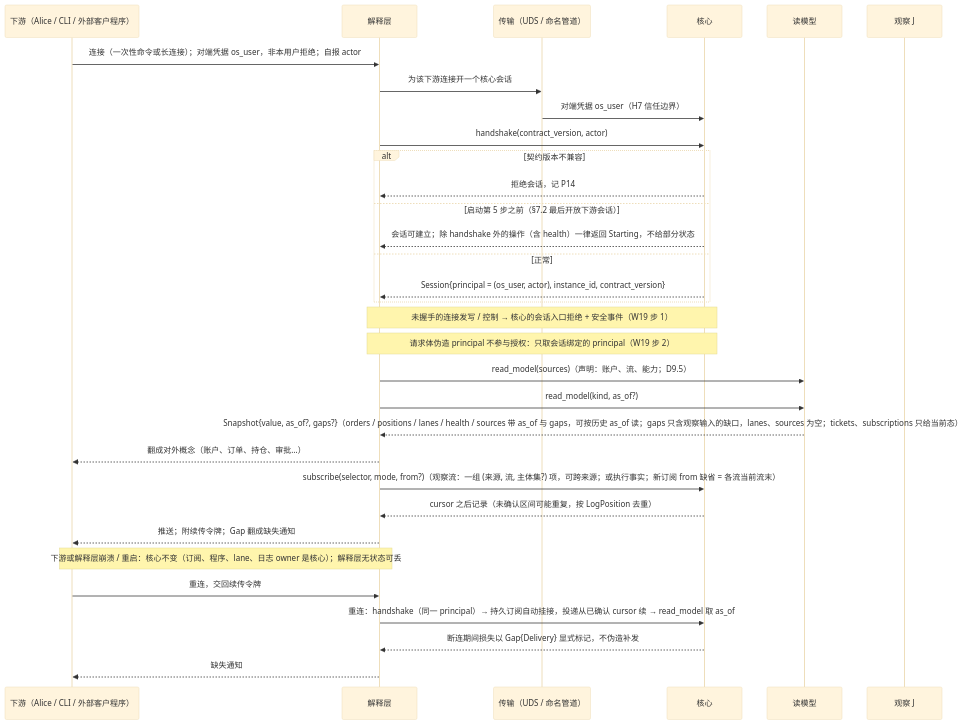
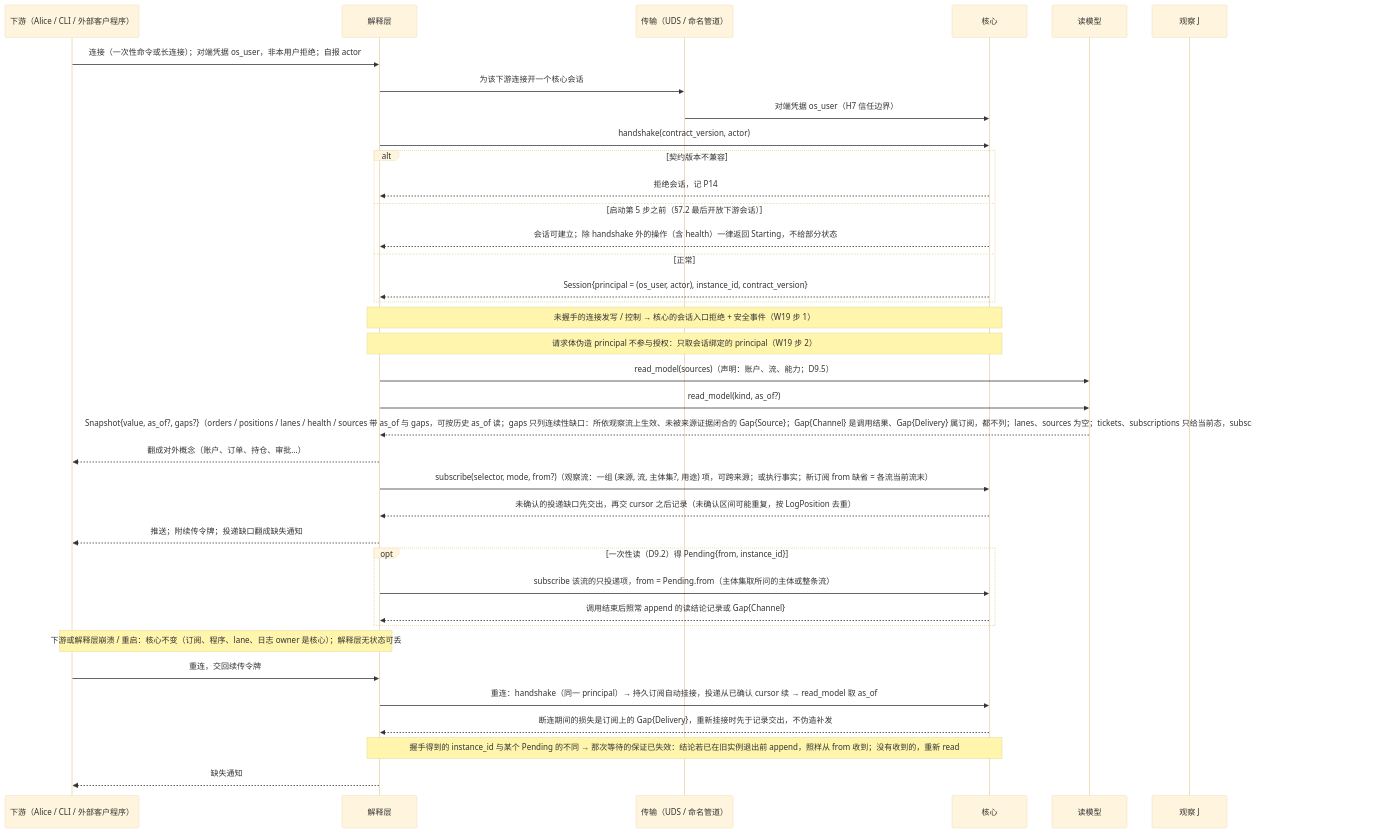
One commit to mouriya-s-lab/uta changed the first of 5 diagrams in design/diagrams/09-alice-session.md. Above: the diagram before and after it, drawn with Mermaid (base theme). The commit also changed other lines of this file and 12 other files, not shown here.

````diff
--- a/design/diagrams/09-alice-session.md
+++ b/design/diagrams/09-alice-session.md
@@ -9,34 +9,39 @@
 ```mermaid
 sequenceDiagram
   participant D as 下游（Alice / CLI / 外部客户程序）
   participant L as 解释层
   participant TR as 传输（UDS / 命名管道）
   participant C as 核心
   participant RM as 读模型
   participant J as 观察 J
   D->>L: 连接（一次性命令或长连接）；对端凭据 os_user，非本用户拒绝；自报 actor
   L->>TR: 为该下游连接开一个核心会话
   TR->>C: 对端凭据 os_user（H7 信任边界）
   L->>C: handshake(contract_version, actor)
   alt 契约版本不兼容
     C-->>L: 拒绝会话，记 P14
   else 启动第 5 步之前（§7.2 最后开放下游会话）
     C-->>L: 会话可建立；除 handshake 外的操作（含 health）一律返回 Starting，不给部分状态
   else 正常
     C-->>L: Session{principal = (os_user, actor), instance_id, contract_version}
   end
   Note over L,C: 未握手的连接发写 / 控制 → 核心的会话入口拒绝 + 安全事件（W19 步 1）
   Note over L,C: 请求体伪造 principal 不参与授权：只取会话绑定的 principal（W19 步 2）
   L->>RM: read_model(sources)（声明：账户、流、能力；D9.5）
   L->>RM: read_model(kind, as_of?)
-  RM-->>L: Snapshot{value, as_of?, gaps?}（orders / positions / lanes / health / sources 带 as_of 与 gaps，可按历史 as_of 读；gaps 只含观察输入的缺口，lanes、sources 为空；tickets、subscriptions 只给当前态）
+  RM-->>L: Snapshot{value, as_of?, gaps?}（orders / positions / lanes / health / sources 带 as_of 与 gaps，可按历史 as_of 读；gaps 只列连续性缺口：所依观察流上生效、未被来源证据闭合的 Gap{Source}；Gap{Channel} 是调用结果、Gap{Delivery} 属订阅，都不列；lanes、sources 为空；tickets、subscriptions 只给当前态，subscriptions 逐项列出未确认的投递缺口）
   L-->>D: 翻成对外概念（账户、订单、持仓、审批…）
-  L->>C: subscribe(selector, mode, from?)（观察流：一组 (来源, 流, 主体集?) 项，可跨来源；或执行事实；新订阅 from 缺省 = 各流当前流末）
-  C-->>L: cursor 之后记录（未确认区间可能重复，按 LogPosition 去重）
-  L-->>D: 推送；附续传令牌；Gap 翻成缺失通知
+  L->>C: subscribe(selector, mode, from?)（观察流：一组 (来源, 流, 主体集?, 用途) 项，可跨来源；或执行事实；新订阅 from 缺省 = 各流当前流末）
+  C-->>L: 未确认的投递缺口先交出，再交 cursor 之后记录（未确认区间可能重复，按 LogPosition 去重）
+  L-->>D: 推送；附续传令牌；投递缺口翻成缺失通知
+  opt 一次性读（D9.2）得 Pending{from, instance_id}
+    L->>C: subscribe 该流的只投递项，from = Pending.from（主体集取所问的主体或整条流）
+    C-->>L: 调用结束后照常 append 的读结论记录或 Gap{Channel}
+  end
   Note over D,L: 下游或解释层崩溃 / 重启：核心不变（订阅、程序、lane、日志 owner 是核心）；解释层无状态可丢
   D->>L: 重连，交回续传令牌
   L->>C: 重连：handshake（同一 principal）→ 持久订阅自动挂接，投递从已确认 cursor 续 → read_model 取 as_of
-  C-->>L: 断连期间损失以 Gap{Delivery} 显式标记，不伪造补发
+  C-->>L: 断连期间的损失是订阅上的 Gap{Delivery}，重新挂接时先于记录交出，不伪造补发
+  Note over L,C: 握手得到的 instance_id 与某个 Pending 的不同 → 那次等待的保证已失效：结论若已在旧实例退出前 append，照样从 from 收到；没有收到的，重新 read
   L-->>D: 缺失通知
 ```
````
